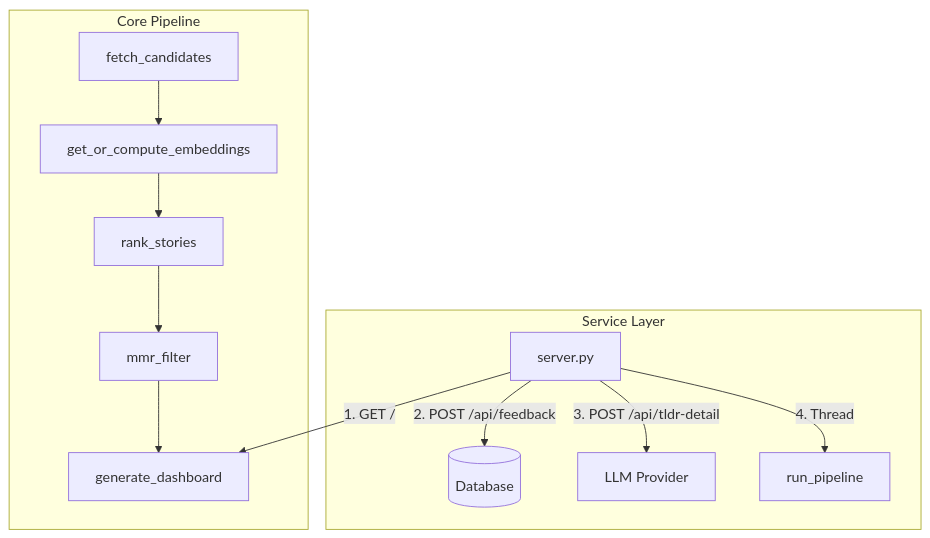
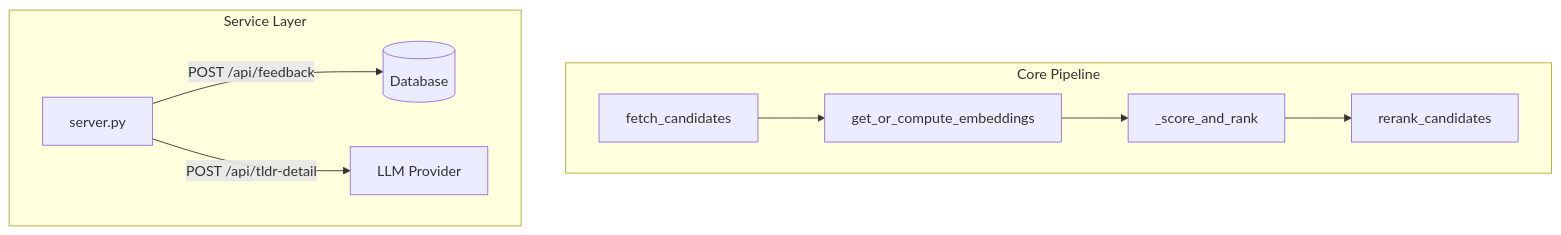
One commit to djv/hn-rerank-v2 changed the diagram in ARCHITECTURE.md. Above: the diagram before and after it, drawn with Mermaid. The commit also changed other lines of this file and 58 other files, not shown here.

````diff
--- a/ARCHITECTURE.md
+++ b/ARCHITECTURE.md
@@ -11,16 +11,13 @@
 ```mermaid
 graph TD
     subgraph Core Pipeline
         A[fetch_candidates] --> B[get_or_compute_embeddings]
-        B --> C[rank_stories]
-        C --> D[mmr_filter]
-        D --> E[generate_dashboard]
+        B --> C[_score_and_rank]
+        C --> D[rerank_candidates]
     end
 
     subgraph Service Layer
-        F[server.py] -->|1. GET /| E
-        F -->|2. POST /api/feedback| G[(Database)]
-        F -->|3. POST /api/tldr-detail| H[LLM Provider]
-        F -->|4. Thread| CorePipeline[run_pipeline]
+        F[server.py] -->|POST /api/feedback| G[(Database)]
+        F -->|POST /api/tldr-detail| H[LLM Provider]
     end
 ```
````
